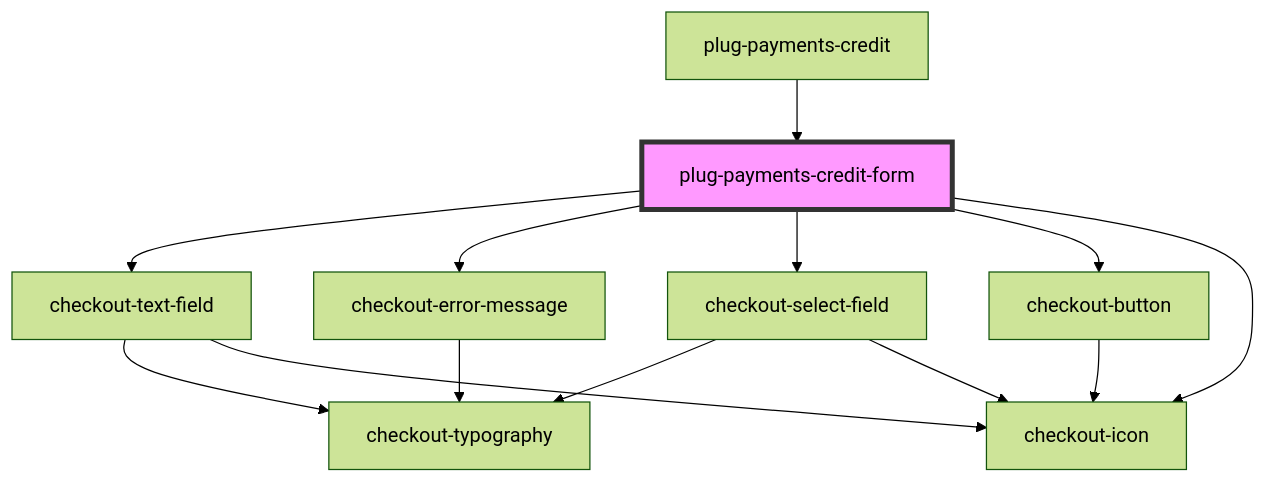
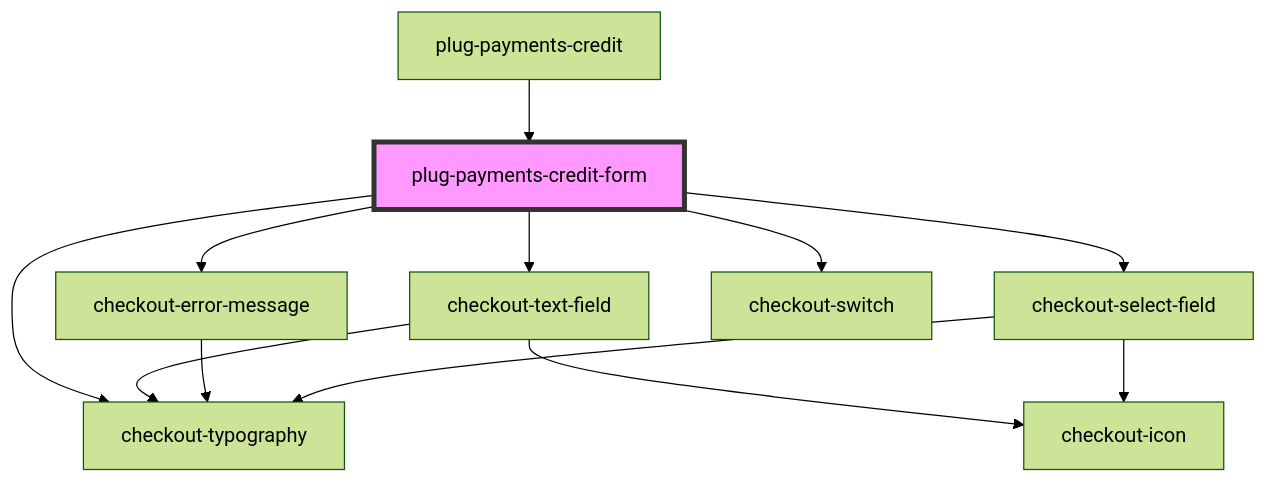
One commit to plughacker/malga-checkout changed the diagram in packages/checkout/core/src/components/plug-payments-credit/partials/plug-payments-credit-form/readme.md. Above: the diagram before and after it, drawn with Mermaid (forest theme). The commit also changed other lines of this file and 7 other files, not shown here.

````diff
--- a/packages/checkout/core/src/components/plug-payments-credit/partials/plug-payments-credit-form/readme.md
+++ b/packages/checkout/core/src/components/plug-payments-credit/partials/plug-payments-credit-form/readme.md
@@ -39,16 +28,15 @@
 ```mermaid
 graph TD;
   plug-payments-credit-form --> checkout-text-field
   plug-payments-credit-form --> checkout-error-message
   plug-payments-credit-form --> checkout-select-field
-  plug-payments-credit-form --> checkout-button
-  plug-payments-credit-form --> checkout-icon
+  plug-payments-credit-form --> checkout-switch
+  plug-payments-credit-form --> checkout-typography
   checkout-text-field --> checkout-typography
   checkout-text-field --> checkout-icon
   checkout-error-message --> checkout-typography
   checkout-select-field --> checkout-typography
   checkout-select-field --> checkout-icon
-  checkout-button --> checkout-icon
   plug-payments-credit --> plug-payments-credit-form
   style plug-payments-credit-form fill:#f9f,stroke:#333,stroke-width:4px
 ```
````
